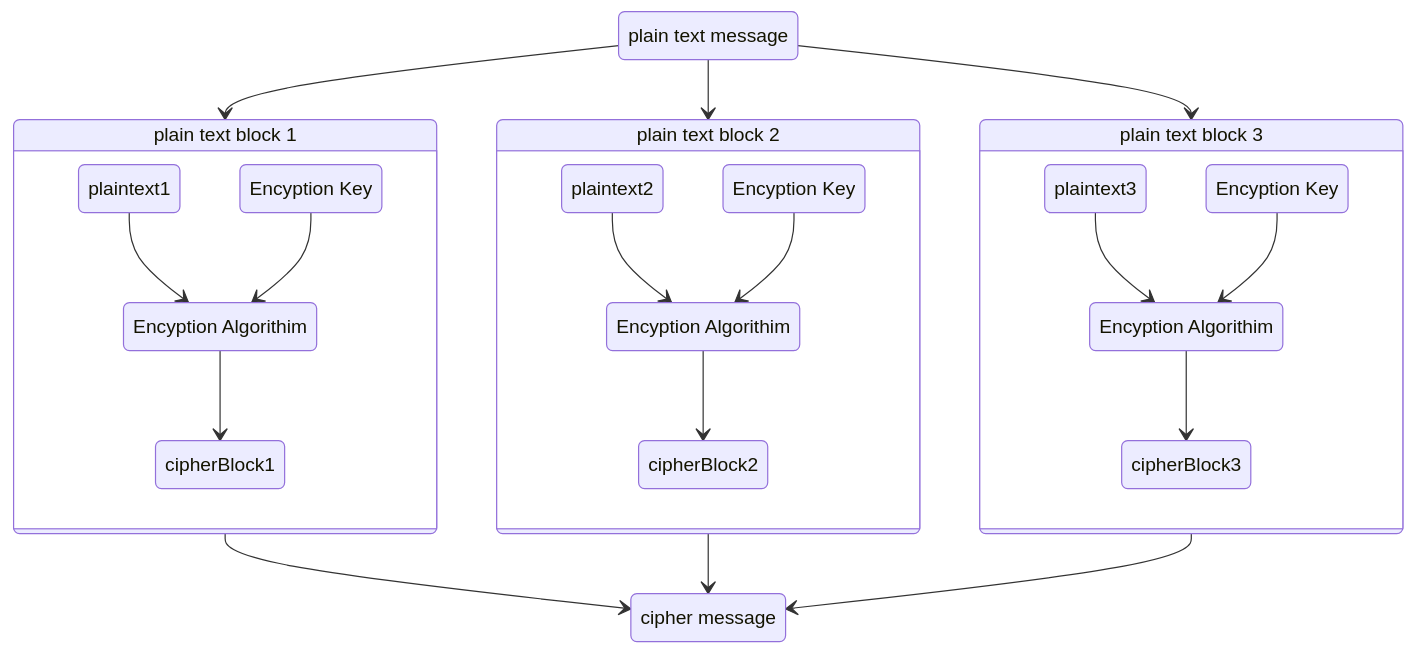
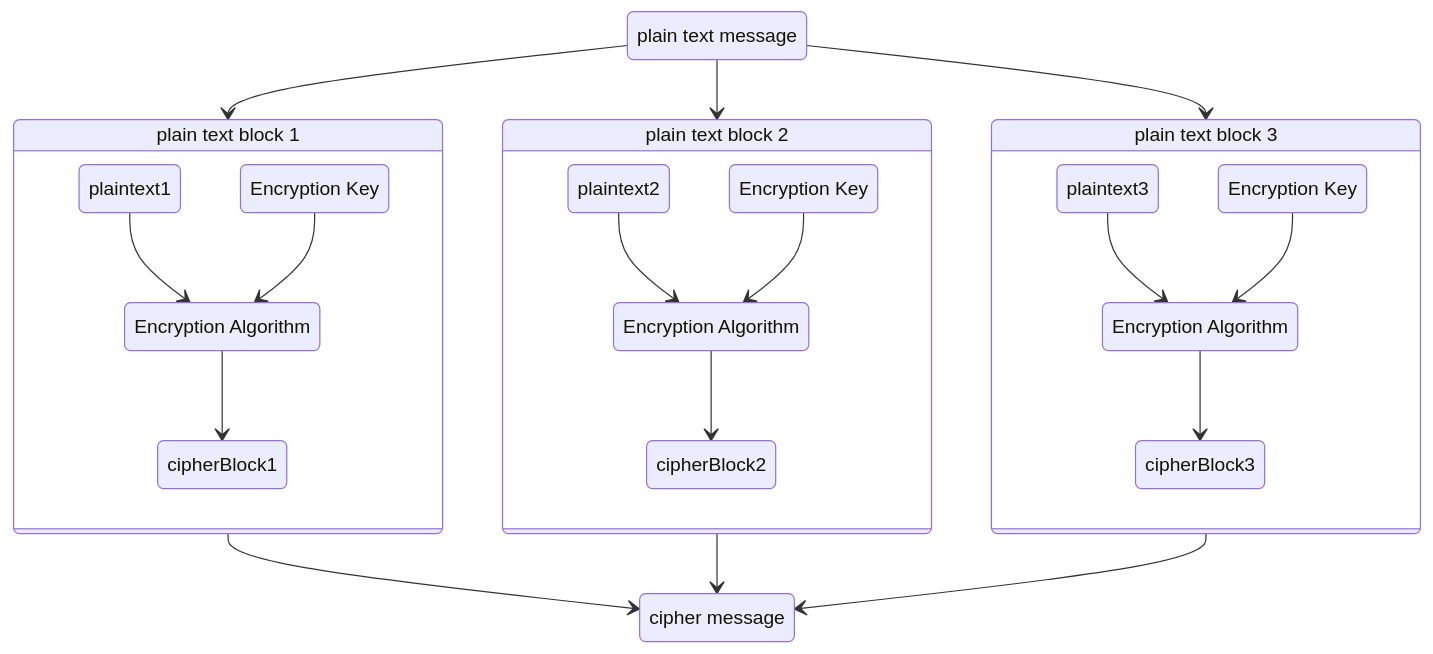
Before and after one commit to vishalguptahmh/githelper: the first of 2 diagrams in README.md, drawn with Mermaid. The commit also changed other lines of this file and 6 other files, not shown here.

````diff
--- a/README.md
+++ b/README.md
@@ -250,44 +513,42 @@
 ```mermaid
-   stateDiagram-v2
-        State1 : plain text message
-        block1 : plain text block 1
-        block2 : plain text block 2
-        block3 : plain text block 3
+stateDiagram-v2
+    State1 : plain text message
+    block1 : plain text block 1
+    block2 : plain text block 2
+    block3 : plain text block 3
 
-        State1 --> block1
-        State1 --> block2
-        State1 --> block3
-    
-        enkey1: Encyption Key
-        enkey2: Encyption Key
-        enkey3: Encyption Key
+    State1 --> block1
+    State1 --> block2
+    State1 --> block3
 
-        encyptionAlgo : Encyption Algorithim
-        encyptionAlgo2 : Encyption Algorithim
-        encyptionAlgo3 : Encyption Algorithim
+    enkey1: Encryption Key
+    enkey2: Encryption Key
+    enkey3: Encryption Key
 
+    encryptionAlgo : Encryption Algorithm
+    encryptionAlgo2 : Encryption Algorithm
+    encryptionAlgo3 : Encryption Algorithm
 
-        state block1 {
-            plaintext1 --> encyptionAlgo
-            enkey1 --> encyptionAlgo 
-            encyptionAlgo --> cipherBlock1
-        }
+    state block1 {
+        plaintext1 --> encryptionAlgo
+        enkey1 --> encryptionAlgo
+        encryptionAlgo --> cipherBlock1
+    }
 
-        state block2 {
-            plaintext2 --> encyptionAlgo2
-            enkey2 --> encyptionAlgo2
-            encyptionAlgo2 --> cipherBlock2
-        }
+    state block2 {
+        plaintext2 --> encryptionAlgo2
+        enkey2 --> encryptionAlgo2
+        encryptionAlgo2 --> cipherBlock2
+    }
 
-        state block3 {
-            plaintext3 --> encyptionAlgo3
-            enkey3 --> encyptionAlgo3
-            encyptionAlgo3 --> cipherBlock3
-        }
+    state block3 {
+        plaintext3 --> encryptionAlgo3
+        enkey3 --> encryptionAlgo3
+        encryptionAlgo3 --> cipherBlock3
+    }
 
-        State2 : cipher message
-        block1 --> State2
-        block2 --> State2
-        block3 --> State2
-
+    State2 : cipher message
+    block1 --> State2
+    block2 --> State2
+    block3 --> State2
 ```
````
